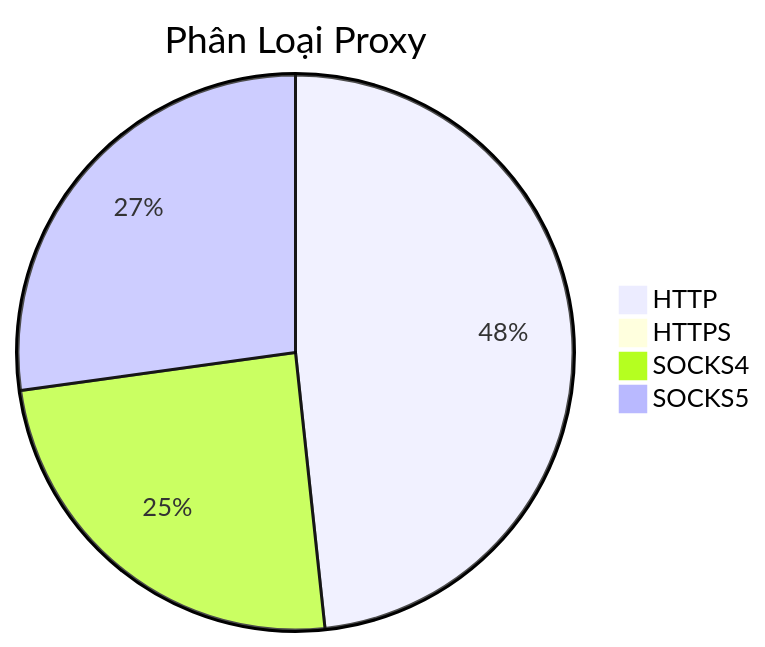
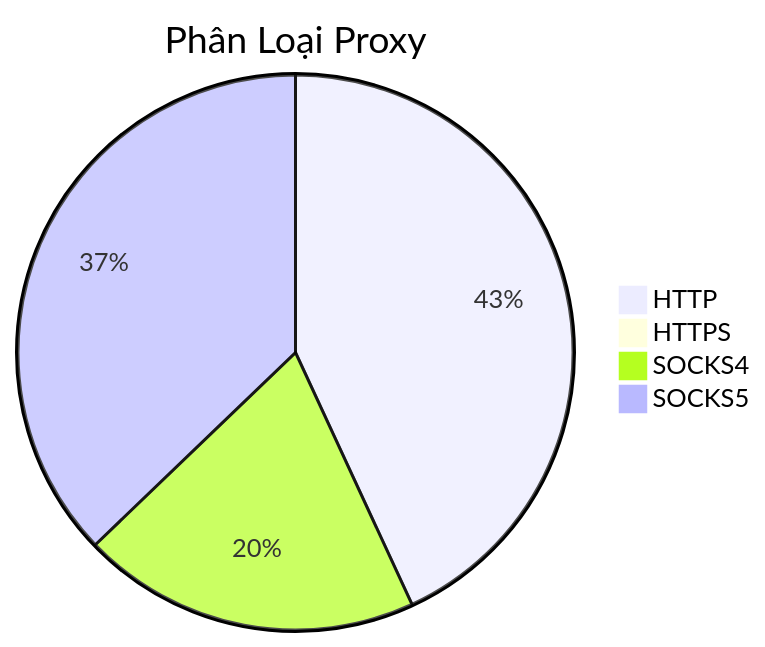
One commit to Ciara-12/PROXY-free changed the diagram in README.md. Above: the diagram before and after it, drawn with Mermaid. The commit also changed other lines of this file and 4 other files, not shown here.

````diff
--- a/README.md
+++ b/README.md
@@ -26,7 +26,7 @@
 ```mermaid
 pie title Phân Loại Proxy
-    "HTTP" : 755
-    "HTTPS" : 0
-    "SOCKS4" : 383
-    "SOCKS5" : 425
+    "HTTP" : 938
+    "HTTPS" : 1
+    "SOCKS4" : 429
+    "SOCKS5" : 809
 ```
````
